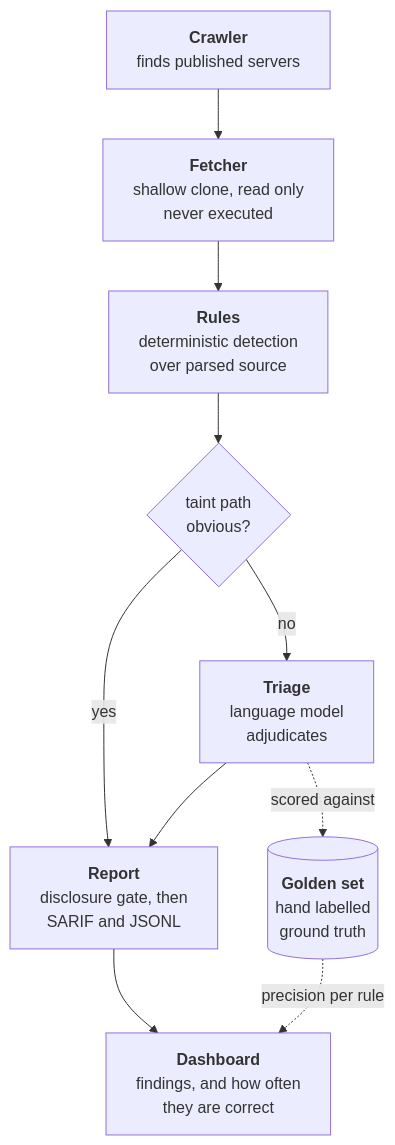
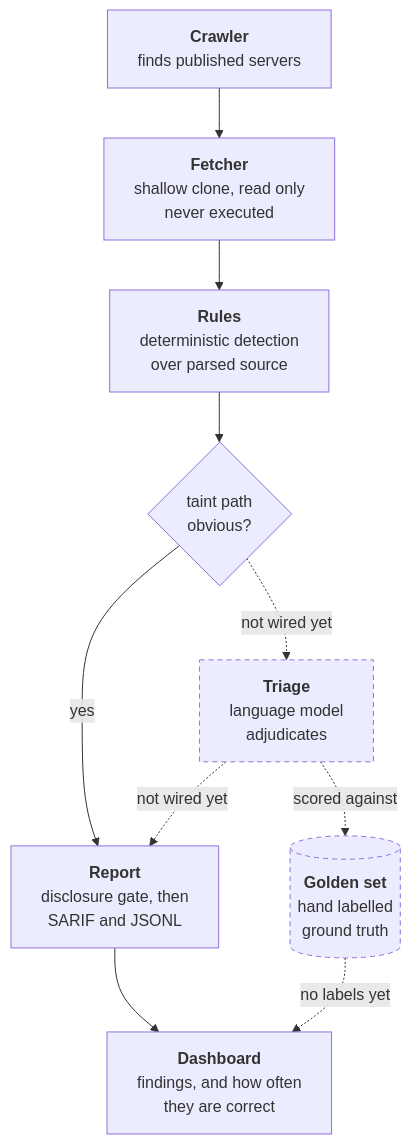
The diagram in README.md (ManankumarThakkar/mcp-observatory), drawn with Mermaid before and after one commit. The commit also changed other lines of this file and 9 other files, not shown here.

````diff
--- a/README.md
+++ b/README.md
@@ -172,18 +196,22 @@
 ```mermaid
 flowchart TD
     A["<b>Crawler</b><br/>finds published servers"]
     B["<b>Fetcher</b><br/>shallow clone, read only<br/>never executed"]
     C["<b>Rules</b><br/>deterministic detection<br/>over parsed source"]
     D{"taint path<br/>obvious?"}
     E["<b>Triage</b><br/>language model<br/>adjudicates"]
     F["<b>Report</b><br/>disclosure gate, then<br/>SARIF and JSONL"]
     G["<b>Dashboard</b><br/>findings, and how often<br/>they are correct"]
     H[("<b>Golden set</b><br/>hand labelled<br/>ground truth")]
 
     A --> B --> C --> D
     D -- yes --> F
-    D -- no --> E --> F
+    D -. "not wired yet" .-> E
+    E -. "not wired yet" .-> F
     F --> G
     E -.->|scored against| H
-    H -.->|precision per rule| G
+    H -.->|"no labels yet"| G
+
+    classDef unbuilt stroke-dasharray: 5 4
+    class E,H unbuilt
 ```
````
